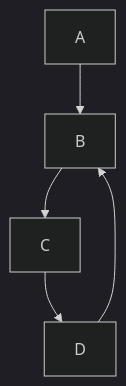
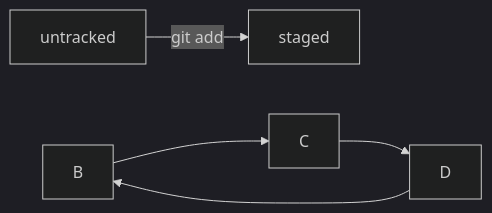
One commit to NickPross/practice changed the diagram in README.md. Above: the diagram before and after it, drawn with Mermaid (dark theme).

Commit message:
Mermaid третье исправление заменил А на правильное

````diff
--- a/README.md
+++ b/README.md
@@ -25,7 +25,7 @@
 ```mermaid
-graph TD;
-A-->B;
+graph LR;
+untracked -- "git add" --> staged;
 B-->C;
 C-->D;
 D-->B;
 ```
````
